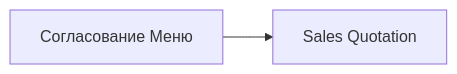
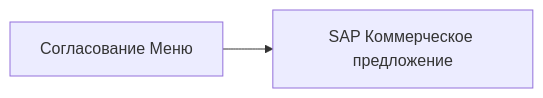
One commit to nikmad-ops/roinworld-sap-b1-docs changed the second of 5 diagrams in Begin/Pre-QRF/Sales-Process/00.-Сопоставление-документов-SAP-с-процессом-продажи.md. Above: the diagram before and after it, drawn with Mermaid. The commit also changed other lines of this file, not shown here.

Commit message:
Updated 00. Сопоставление документов SAP с процессом продажи

```diff
--- a/Begin/Pre-QRF/Sales-Process/00.-Сопоставление-документов-SAP-с-процессом-продажи.md
+++ b/Begin/Pre-QRF/Sales-Process/00.-Сопоставление-документов-SAP-с-процессом-продажи.md
@@ -7,4 +7,4 @@
 ::: mermaid
  graph LR;
- A[Согласование Меню] --> B[Sales Quotation];
+ A[Согласование Меню] --> B[SAP Коммерческое предложение];
 :::
```
